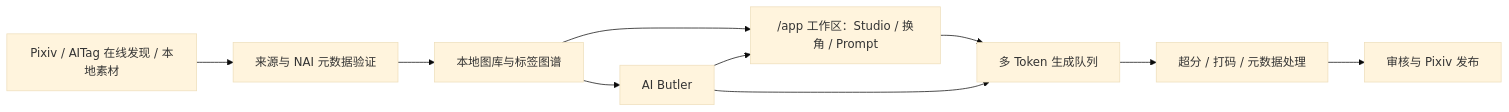
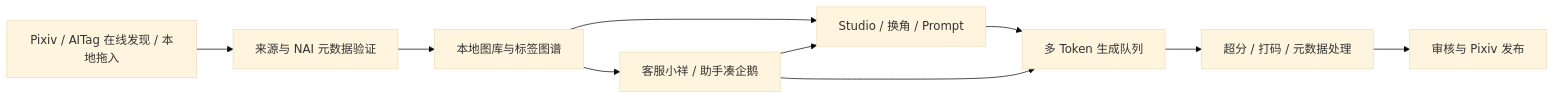
Before and after one commit to h1neolzr7f/NaiXueZhang-Studio-Dev: the diagram in README.md, drawn with Mermaid (base theme). The commit also changed other lines of this file and 336 other files, not shown here.

````diff
--- a/README.md
+++ b/README.md
@@ -58,12 +60,12 @@
 ```mermaid
 flowchart LR
-    A[Pixiv / AITag 在线发现 / 本地素材] --> B[来源与 NAI 元数据验证]
+    A[Pixiv / AITag 在线发现 / 本地拖入] --> B[来源与 NAI 元数据验证]
     B --> C[本地图库与标签图谱]
-    C --> D["/app 工作区：Studio / 换角 / Prompt"]
+    C --> D[Studio / 换角 / Prompt]
     D --> E[多 Token 生成队列]
     E --> F[超分 / 打码 / 元数据处理]
     F --> G[审核与 Pixiv 发布]
-    C --> H[AI Butler]
+    C --> H[客服小祥 / 助手凑企鹅]
     H --> D
     H --> E
 ```
````
